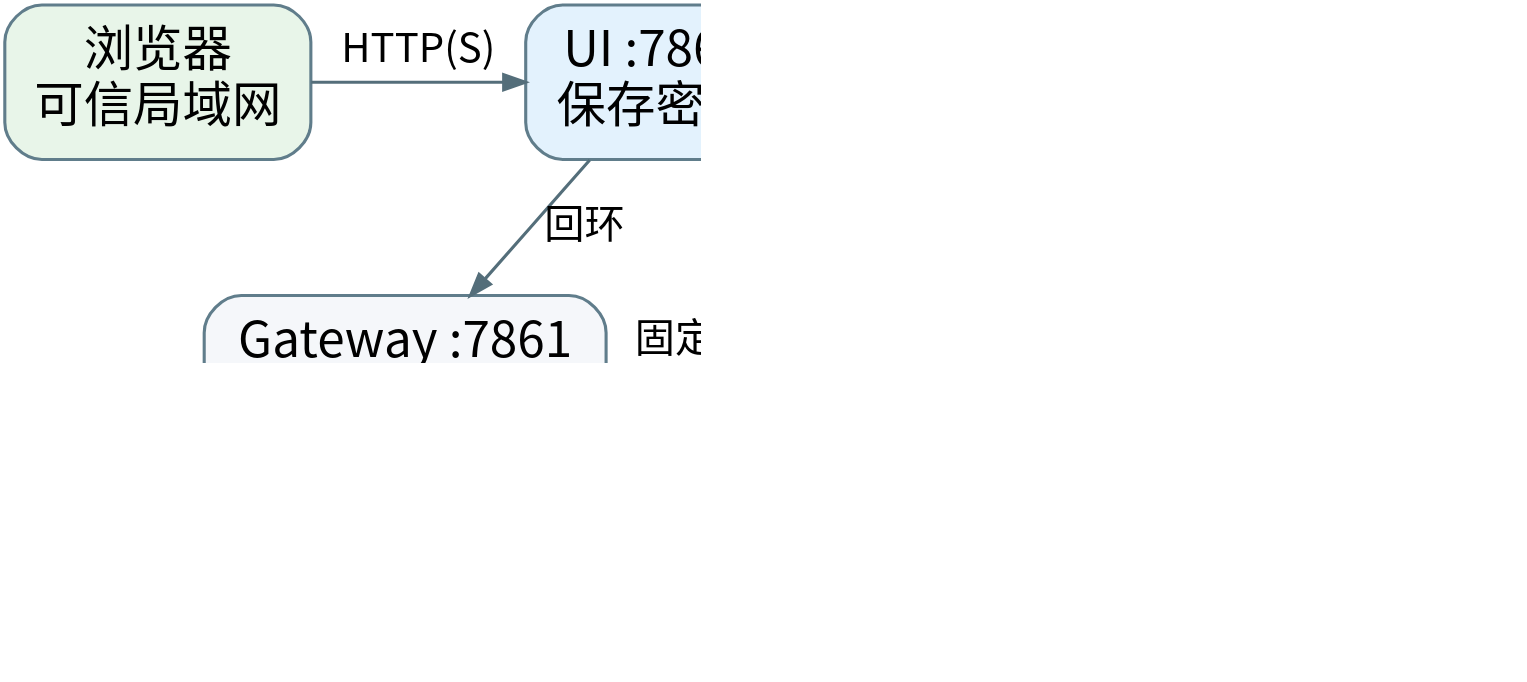
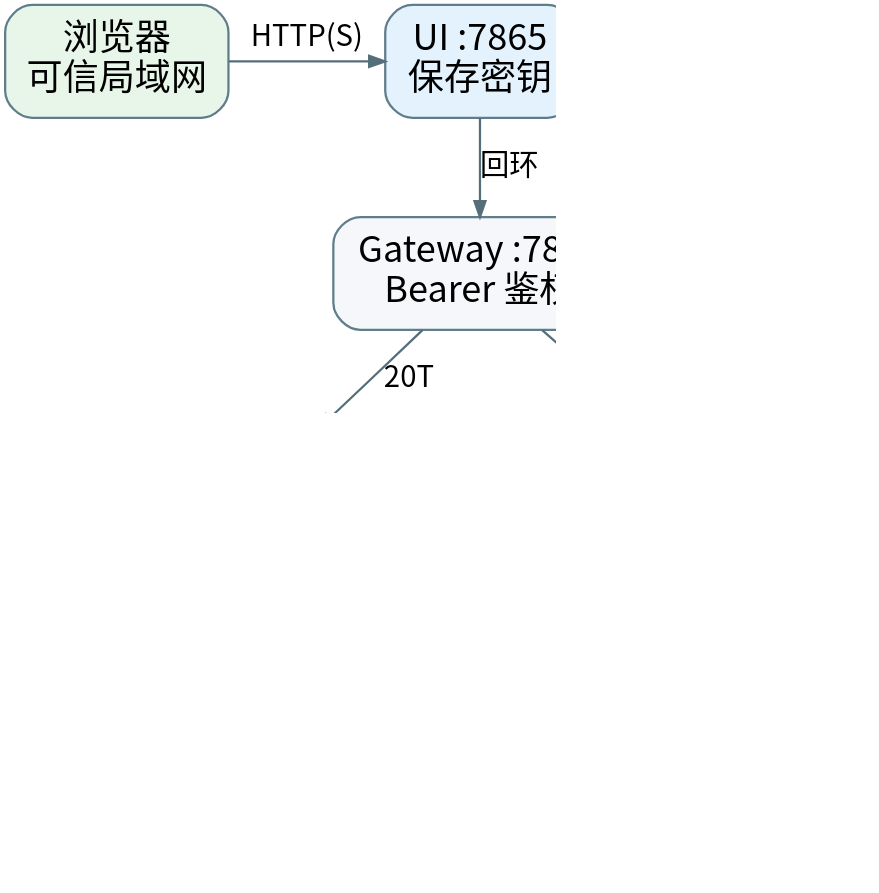
One commit to zhouxzh/Ascend310 changed the diagram in src/experiment/img9/case9_system_architecture.dot. Above: the diagram before and after it, drawn with Graphviz. The commit also changed 74 other files, not shown here.

Commit message:
feat(case9): add formal Ascend310B4 static-KV release

```diff
--- a/src/experiment/img9/case9_system_architecture.dot
+++ b/src/experiment/img9/case9_system_architecture.dot
@@ -1,48 +1,55 @@
 digraph case9_system_architecture {
   graph [
     rankdir=TB,
     fontname="Noto Sans CJK SC",
     fontsize=16,
     size="7.2,4.2",
     ratio="compress",
     dpi=160,
     pad="0.08",
     nodesep="0.28",
     ranksep="0.42",
     splines="polyline",
     bgcolor="transparent"
   ];
   node [
     fontname="Noto Sans CJK SC",
     fontsize=16,
     margin="0.14,0.10",
     height="0.56",
     shape=box,
     style="rounded,filled",
     fillcolor="#F5F7FA",
     color="#607D8B"
   ];
   edge [
     fontname="Noto Sans CJK SC",
     fontsize=13,
     color="#546E7A",
     arrowsize="0.7"
   ];
 
   browser [label="浏览器\n可信局域网", fillcolor="#E8F5E9"];
   ui [label="UI :7865\n保存密钥", fillcolor="#E3F2FD"];
   gateway [label="Gateway :7861\nBearer 鉴权"];
-  worker [label="MindSpore worker\n:8090，串行", fillcolor="#E8F5E9"];
-  model [label="模型加载\n与输出", shape=note];
-  npu [label="Ascend 310B1 / 20T", fillcolor="#FFF3E0"];
+  mindspore [label="MindSpore worker :8090\nAscend310B1 / 20T", fillcolor="#E8F5E9"];
+  acl [label="ACL static-KV :8084\nAscend310B4 / 8T", fillcolor="#FFF8E1"];
+  model_ms [label="safetensors\ntokenizer", shape=note];
+  model_acl [label="ONNX → OM\n固定 51/49 合同", shape=note];
+  npu_ms [label="Ascend 310B1 / 20T", fillcolor="#FFF3E0"];
+  npu_acl [label="Ascend 310B4 / 8T", fillcolor="#FFF3E0"];
 
   { rank=same; browser; ui; }
-  { rank=same; gateway; worker; }
-  { rank=same; model; npu; }
+  { rank=same; mindspore; acl; }
+  { rank=same; model_ms; model_acl; }
+  { rank=same; npu_ms; npu_acl; }
 
   browser -> ui [label="HTTP(S)"];
   ui -> gateway [label="回环"];
-  gateway -> worker [label="固定模型名"];
-  worker -> model;
-  model -> npu [label="NPU"];
+  gateway -> mindspore [label="20T"];
+  gateway -> acl [label="8T"];
+  mindspore -> model_ms;
+  acl -> model_acl;
+  model_ms -> npu_ms [label="NPU"];
+  model_acl -> npu_acl [label="PyACL"];
 }
```
